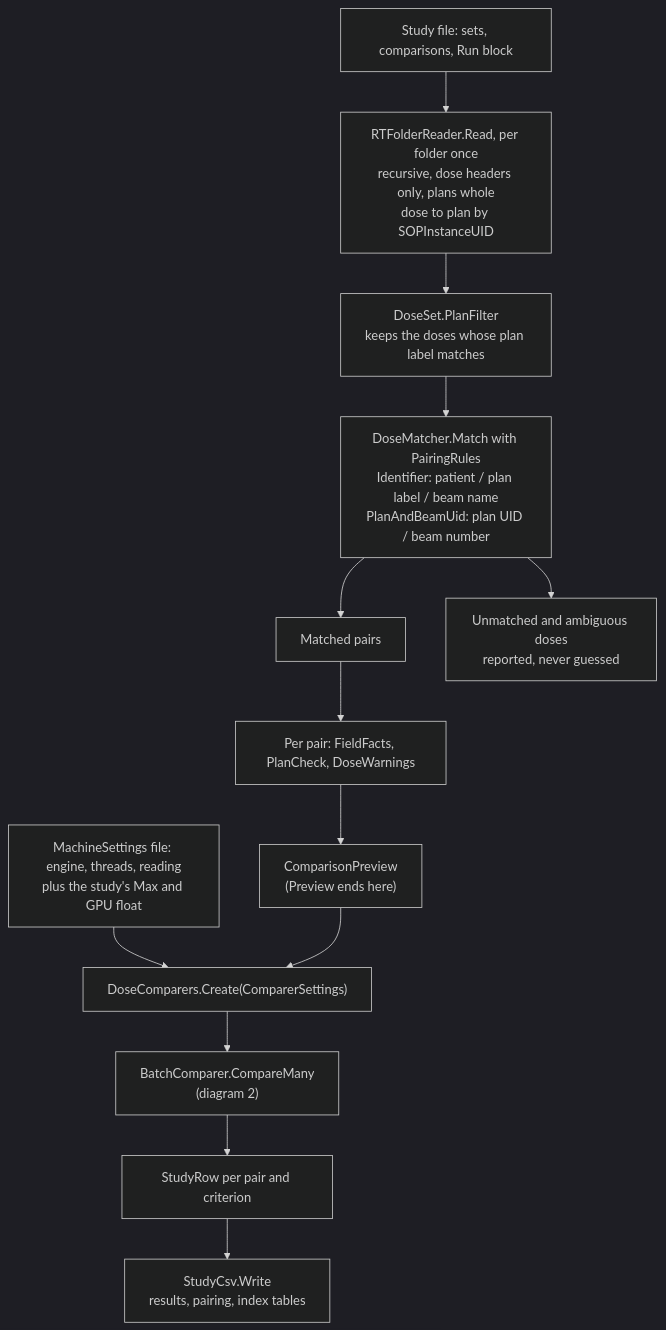
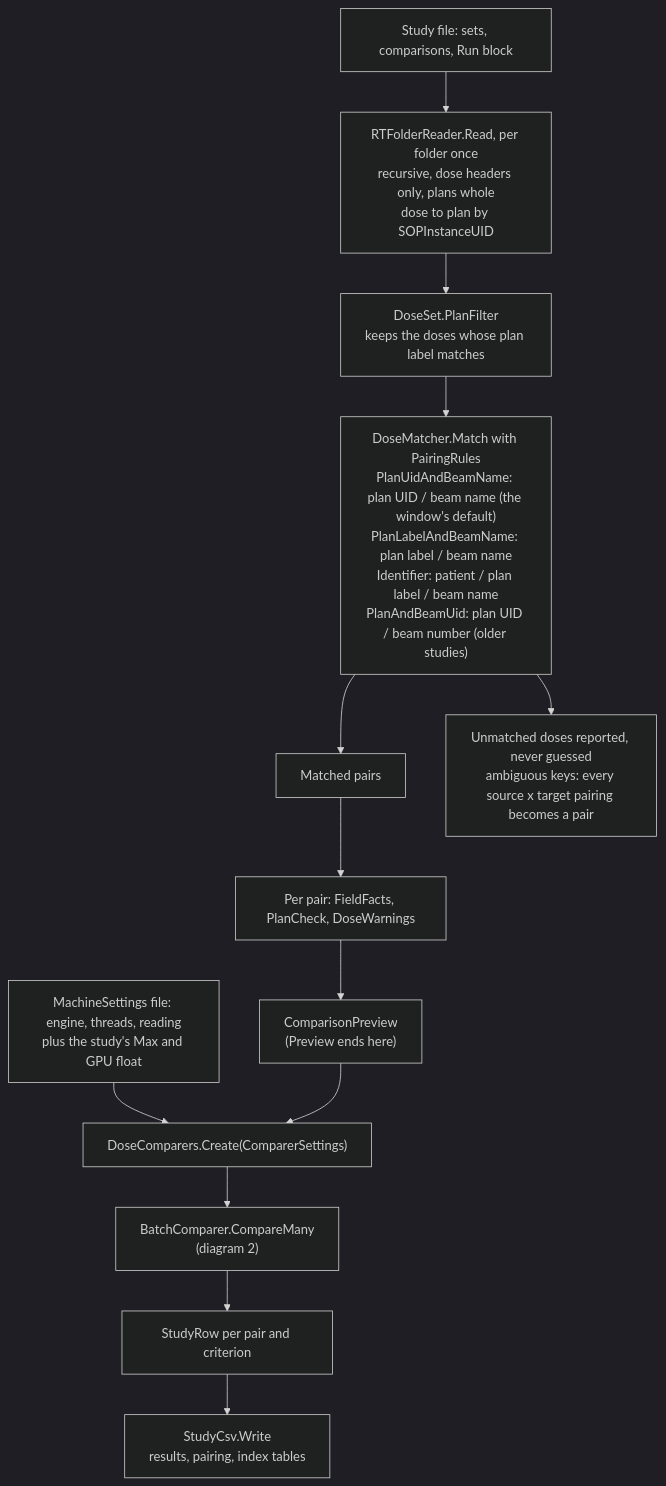
Before and after one commit to crcrewso/DicomStrictCompare: the first of 4 diagrams in design/data-flow.md, drawn with Mermaid (dark theme). The commit also changed other lines of this file and 17 other files, not shown here.

First line of the commit message:
Matching: compare every pairing of an ambiguous key and keep the worst; plan + beam name keys

````diff
--- a/design/data-flow.md
+++ b/design/data-flow.md
@@ -10,15 +10,15 @@
 ```mermaid
 flowchart TD
     study["Study file: sets, comparisons, Run block"] --> read
     read["RTFolderReader.Read, per folder once<br/>recursive, dose headers only, plans whole<br/>dose to plan by SOPInstanceUID"] --> filter
     filter["DoseSet.PlanFilter<br/>keeps the doses whose plan label matches"] --> match
-    match["DoseMatcher.Match with PairingRules<br/>Identifier: patient / plan label / beam name<br/>PlanAndBeamUid: plan UID / beam number"] --> pairs
-    match --> unmatched["Unmatched and ambiguous doses<br/>reported, never guessed"]
+    match["DoseMatcher.Match with PairingRules<br/>PlanUidAndBeamName: plan UID / beam name (the window's default)<br/>PlanLabelAndBeamName: plan label / beam name<br/>Identifier: patient / plan label / beam name<br/>PlanAndBeamUid: plan UID / beam number (older studies)"] --> pairs
+    match --> unmatched["Unmatched doses reported, never guessed<br/>ambiguous keys: every source x target pairing becomes a pair"]
     pairs["Matched pairs"] --> facts["Per pair: FieldFacts, PlanCheck, DoseWarnings"]
     facts --> preview["ComparisonPreview<br/>(Preview ends here)"]
     machine["MachineSettings file: engine, threads, reading<br/>plus the study's Max and GPU float"] --> engine
     preview --> engine["DoseComparers.Create(ComparerSettings)"]
     engine --> batch["BatchComparer.CompareMany<br/>(diagram 2)"]
     batch --> rows["StudyRow per pair and criterion"]
     rows --> csv["StudyCsv.Write<br/>results, pairing, index tables"]
 ```
````
